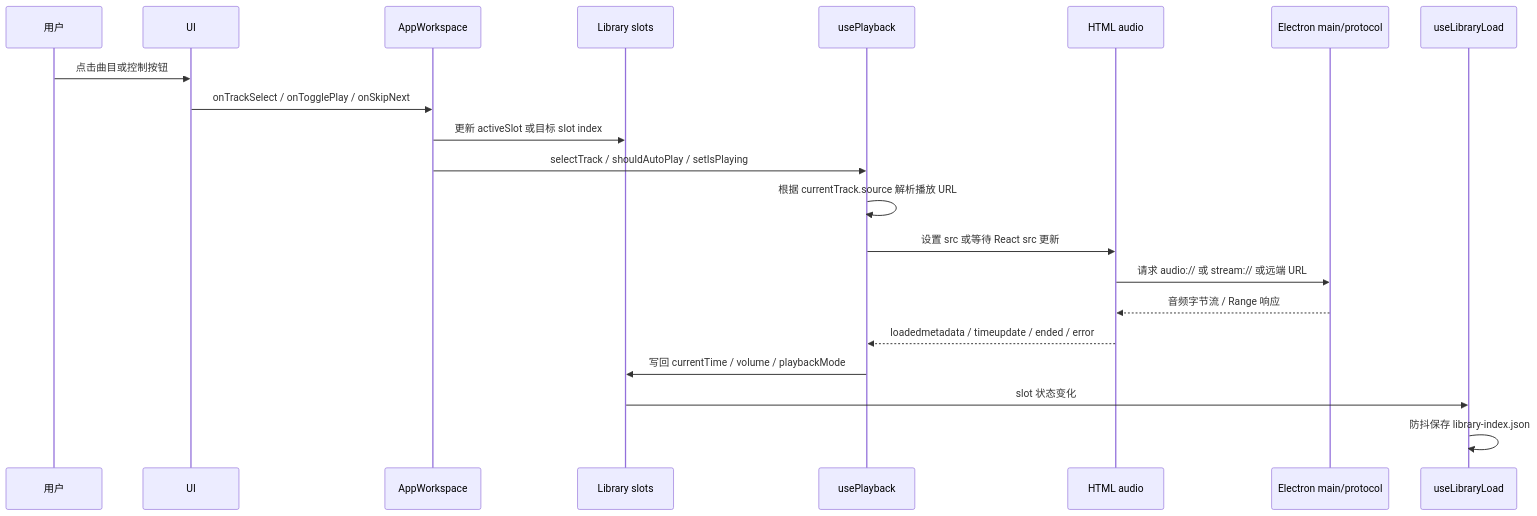
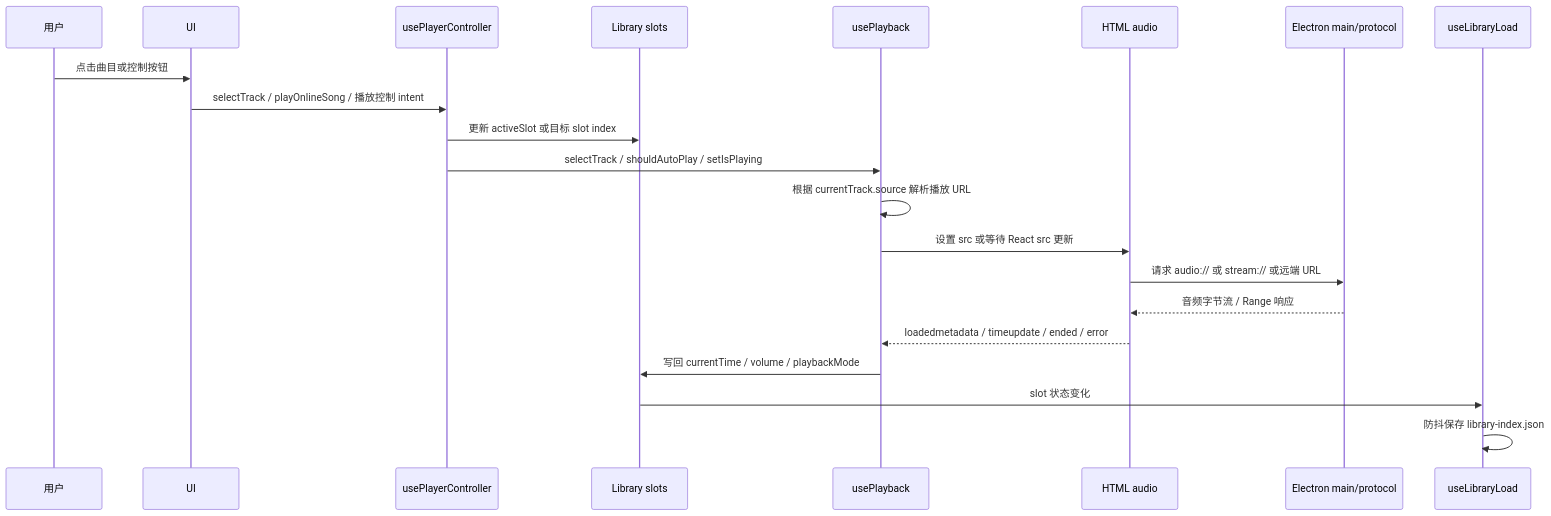
The diagram in docs/architecture/playback-flow.md (xwsjjctz/LyricsAdapter), drawn with Mermaid before and after one commit. The commit also changed other lines of this file and 19 other files, not shown here.

````diff
--- a/docs/architecture/playback-flow.md
+++ b/docs/architecture/playback-flow.md
@@ -19,24 +20,24 @@
 ```mermaid
 sequenceDiagram
   participant U as 用户
   participant UI as UI
-  participant A as AppWorkspace
+  participant C as usePlayerController
   participant LS as Library slots
   participant P as usePlayback
   participant Audio as HTML audio
   participant Main as Electron main/protocol
   participant Store as useLibraryLoad
 
   U->>UI: 点击曲目或控制按钮
-  UI->>A: onTrackSelect / onTogglePlay / onSkipNext
-  A->>LS: 更新 activeSlot 或目标 slot index
-  A->>P: selectTrack / shouldAutoPlay / setIsPlaying
+  UI->>C: selectTrack / playOnlineSong / 播放控制 intent
+  C->>LS: 更新 activeSlot 或目标 slot index
+  C->>P: selectTrack / shouldAutoPlay / setIsPlaying
   P->>P: 根据 currentTrack.source 解析播放 URL
   P->>Audio: 设置 src 或等待 React src 更新
   Audio->>Main: 请求 audio:// 或 stream:// 或远端 URL
   Main-->>Audio: 音频字节流 / Range 响应
   Audio-->>P: loadedmetadata / timeupdate / ended / error
   P->>LS: 写回 currentTime / volume / playbackMode
   LS->>Store: slot 状态变化
   Store->>Store: 防抖保存 library-index.json
 ```
````
